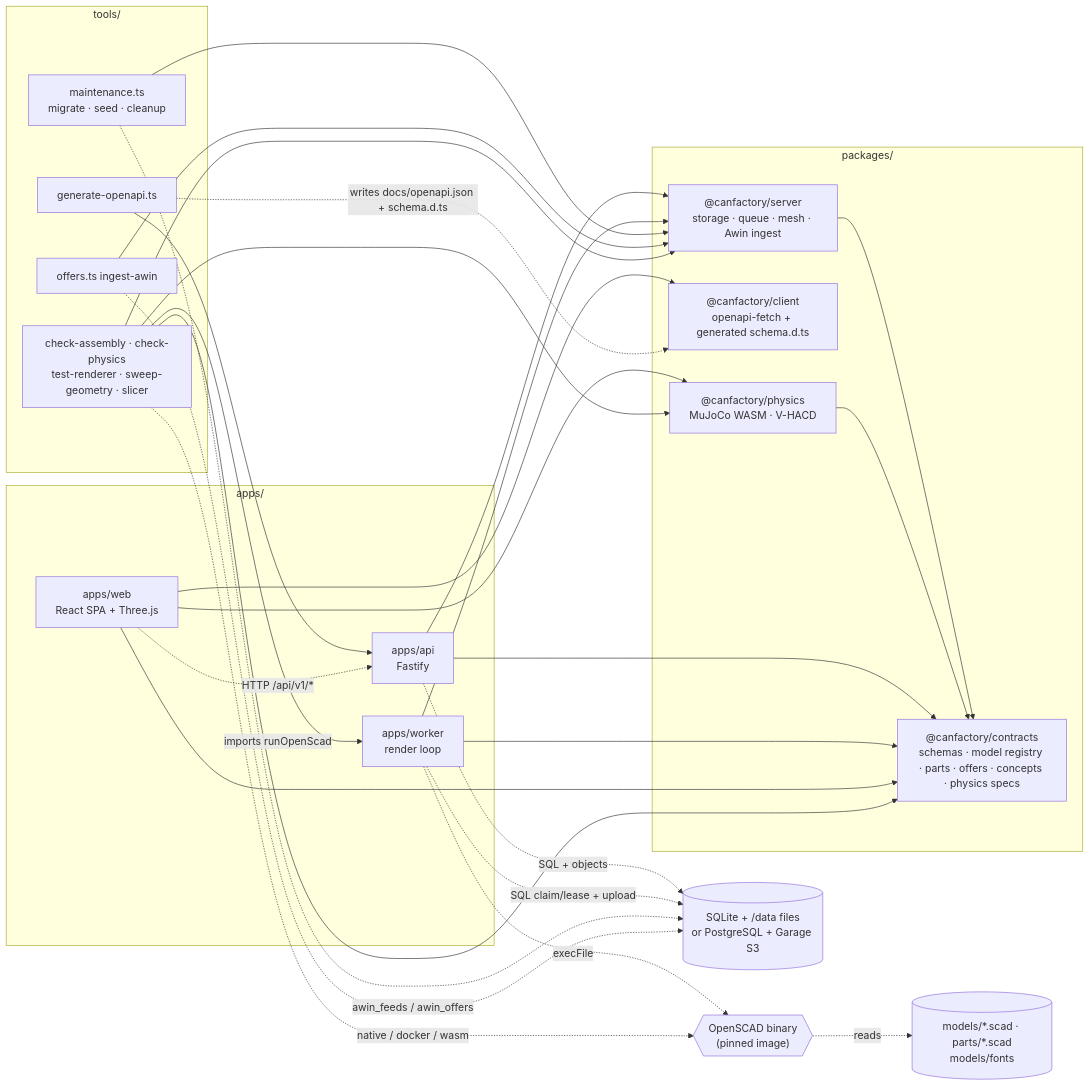
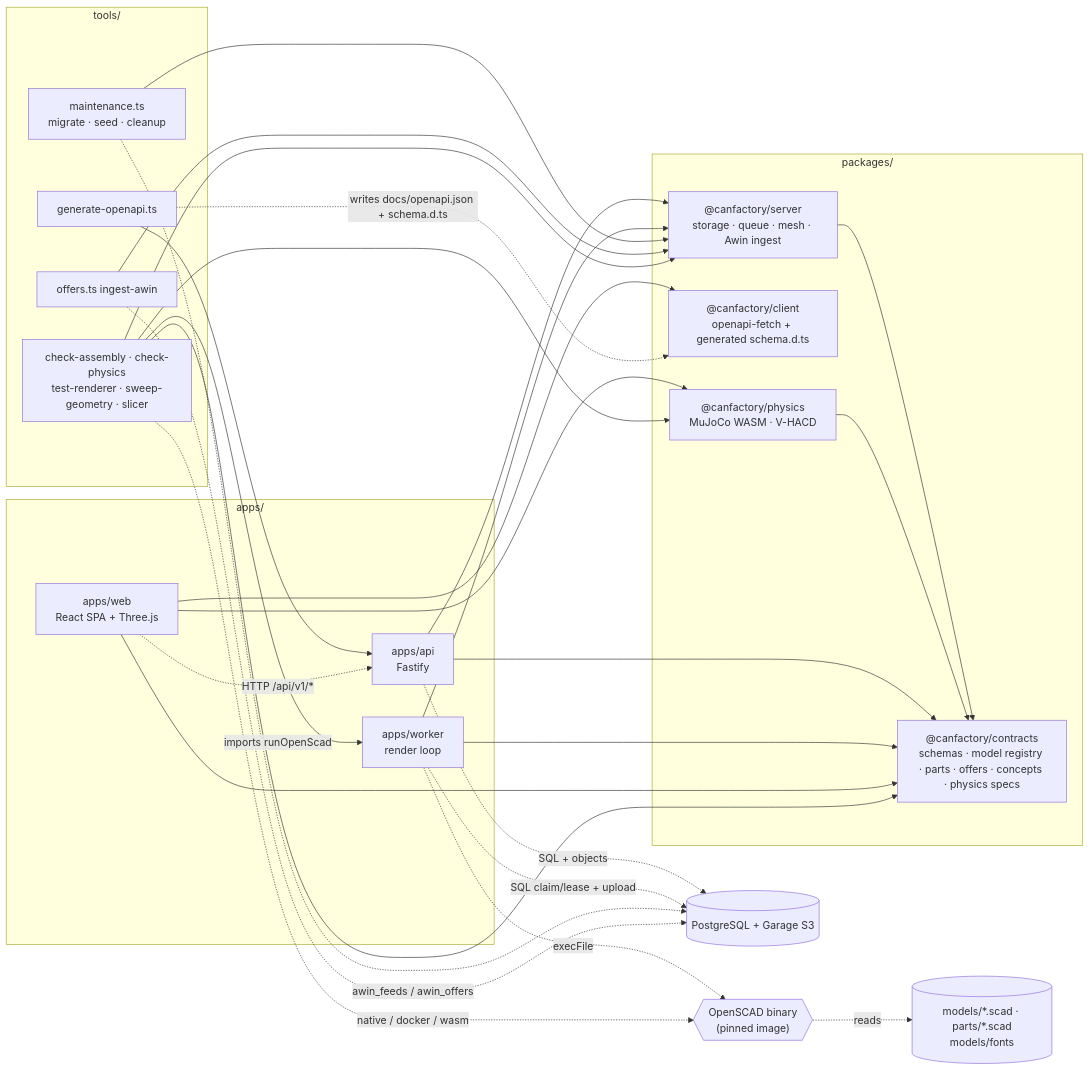
One commit to NNTin/CanFactory changed the first of 3 diagrams in docs/system-architecture.md. Above: the diagram before and after it, drawn with Mermaid. The commit also changed other lines of this file and 41 other files, not shown here.

First line of the commit message:
refactor(storage)!: run PostgreSQL everywhere and delete the SQLite backend

````diff
--- a/docs/system-architecture.md
+++ b/docs/system-architecture.md
@@ -44,50 +44,50 @@
 ```mermaid
 flowchart LR
     subgraph pkgs["packages/"]
         contracts["@canfactory/contracts<br/>schemas · model registry · parts · offers · concepts · physics specs"]
         server["@canfactory/server<br/>storage · queue · mesh · Awin ingest"]
         client["@canfactory/client<br/>openapi-fetch + generated schema.d.ts"]
         physics["@canfactory/physics<br/>MuJoCo WASM · V-HACD"]
     end
     subgraph apps["apps/"]
         web["apps/web<br/>React SPA + Three.js"]
         api["apps/api<br/>Fastify"]
         worker["apps/worker<br/>render loop"]
     end
     subgraph tl["tools/"]
         maint["maintenance.ts<br/>migrate · seed · cleanup"]
         offerstool["offers.ts ingest-awin"]
         gen["generate-openapi.ts"]
         checks["check-assembly · check-physics<br/>test-renderer · sweep-geometry · slicer"]
     end
     scad[("models/*.scad · parts/*.scad<br/>models/fonts")]
     openscad{{"OpenSCAD binary<br/>(pinned image)"}}
-    stores[("SQLite + /data files<br/>or PostgreSQL + Garage S3")]
+    stores[("PostgreSQL + Garage S3")]
 
     server --> contracts
     physics --> contracts
     api --> contracts
     api --> server
     worker --> contracts
     worker --> server
     web --> contracts
     web --> client
     web --> physics
     maint --> server
     offerstool --> server
     gen --> api
     checks --> contracts
     checks --> server
     checks --> physics
     checks -->|"imports runOpenScad"| worker
 
     gen -.->|"writes docs/openapi.json + schema.d.ts"| client
     web -.->|"HTTP /api/v1/*"| api
     api -.->|"SQL + objects"| stores
     worker -.->|"SQL claim/lease + upload"| stores
     maint -.-> stores
     offerstool -.->|"awin_feeds / awin_offers"| stores
     worker -.->|"execFile"| openscad
     openscad -.->|"reads"| scad
     checks -.->|"native / docker / wasm"| openscad
 ```
````
